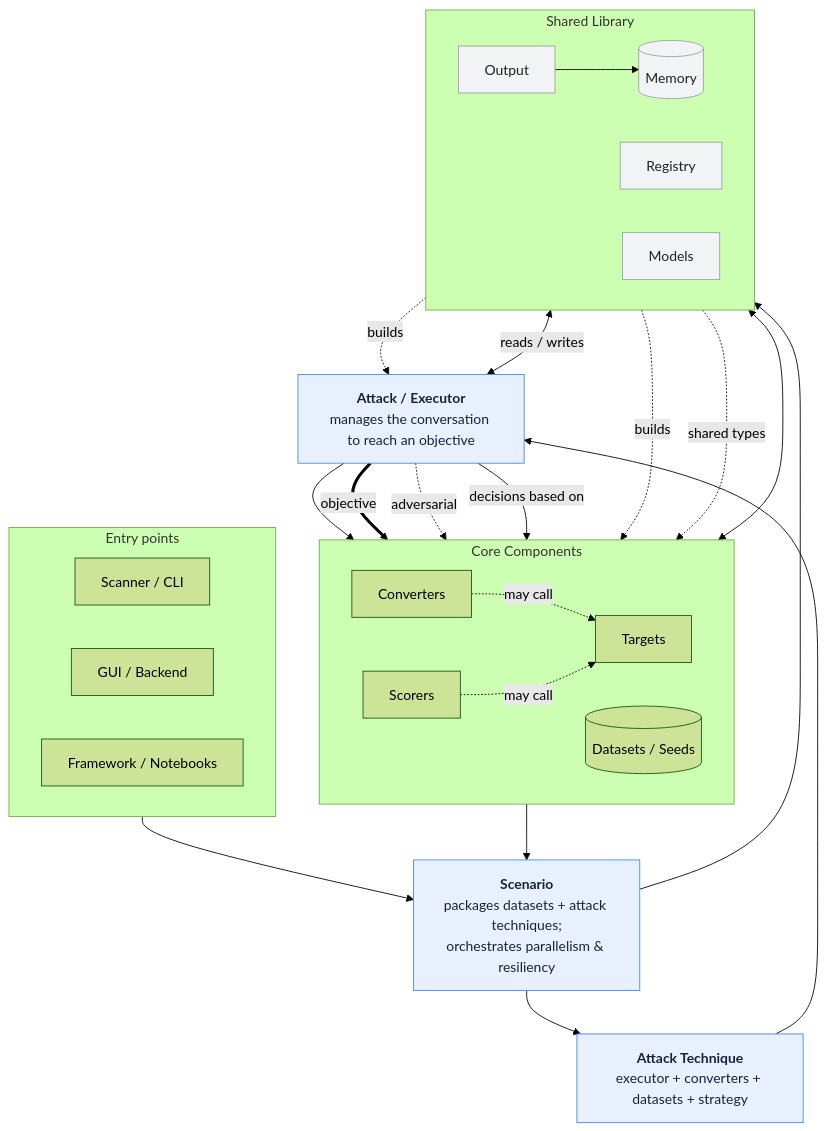
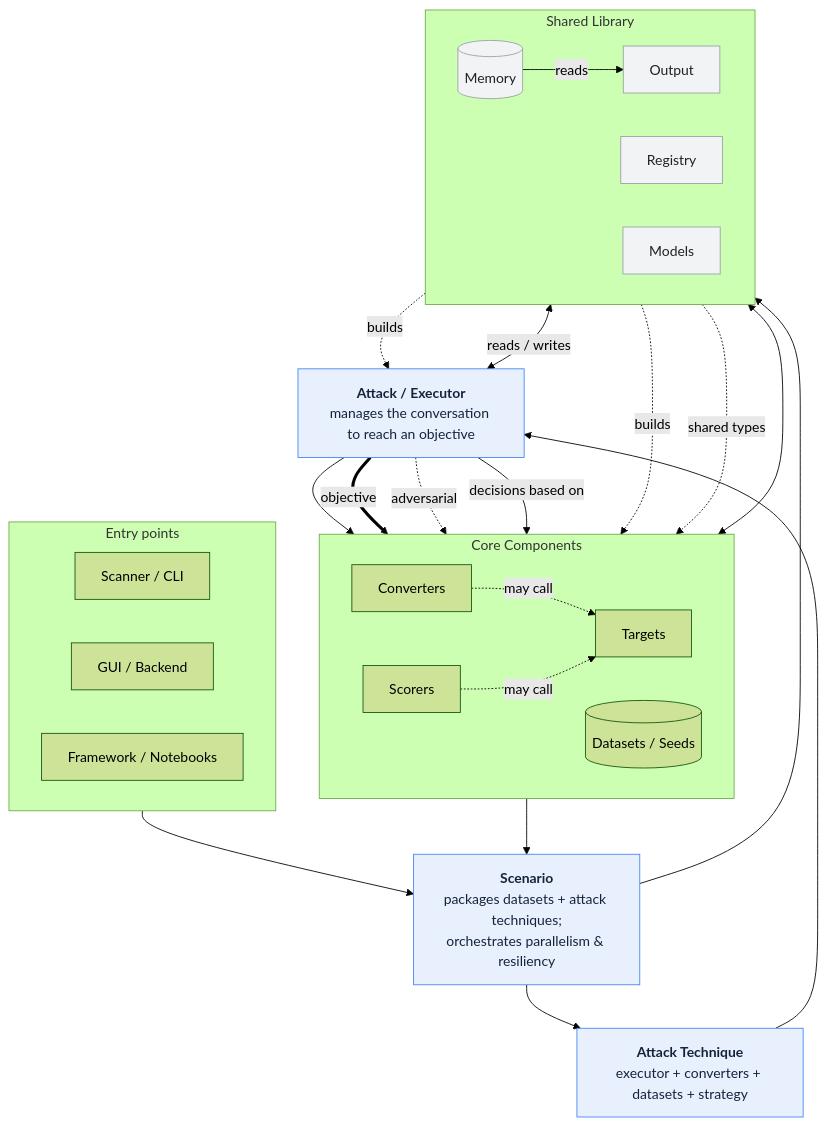
Before and after one commit to microsoft/PyRIT: the first of 2 diagrams in doc/code/framework.md, drawn with Mermaid (forest theme).

Commit message:
DOC: fix diagram edge direction — Output reads from Memory
Output's printers fetch result data from CentralMemory to render it; the
module never writes to memory. Reverse the OUT->MEM edge to MEM->OUT and
label it 'reads' to reflect the actual data dependency.

````diff
--- a/doc/code/framework.md
+++ b/doc/code/framework.md
@@ -55,53 +55,53 @@
 ```mermaid
 flowchart TB
     subgraph entry [Entry points]
         direction LR
         CLI[Scanner / CLI]
         GUI[GUI / Backend]
         FW[Framework / Notebooks]
     end
 
     SCEN["<b>Scenario</b><br/>packages datasets + attack techniques;<br/>orchestrates parallelism &amp; resiliency"]
     TECH["<b>Attack Technique</b><br/>executor + converters + datasets + strategy"]
     ATK["<b>Attack / Executor</b><br/>manages the conversation to reach an objective"]
 
     subgraph core [Core Components]
         direction LR
         CONV[Converters]
         SCORE[Scorers]
         TGT[Targets]
         DATA[(Datasets / Seeds)]
     end
 
     subgraph lib [Shared Library]
         direction LR
         MEM[(Memory)]
         REG[Registry]
         MODEL[Models]
         OUT[Output]
     end
 
     entry --> SCEN
     DATA --> SCEN
     SCEN --> TECH --> ATK
 
     ATK --> CONV
     ATK == objective ==> TGT
     ATK -. adversarial .-> TGT
     ATK -- decisions based on --> SCORE
     CONV -. may call .-> TGT
     SCORE -. may call .-> TGT
 
     REG -. builds .-> core
     REG -. builds .-> ATK
     ATK <-- reads / writes --> MEM
     core <--> MEM
     SCEN --> OUT
-    OUT --> MEM
+    MEM -- reads --> OUT
     MODEL -. shared types .-> core
 
     classDef flow fill:#e8f0fe,stroke:#4285f4,color:#15233a;
     classDef libnode fill:#f1f3f4,stroke:#9aa0a6,color:#202124;
     class SCEN,TECH,ATK flow;
     class MEM,REG,MODEL,OUT libnode;
 ```
````
